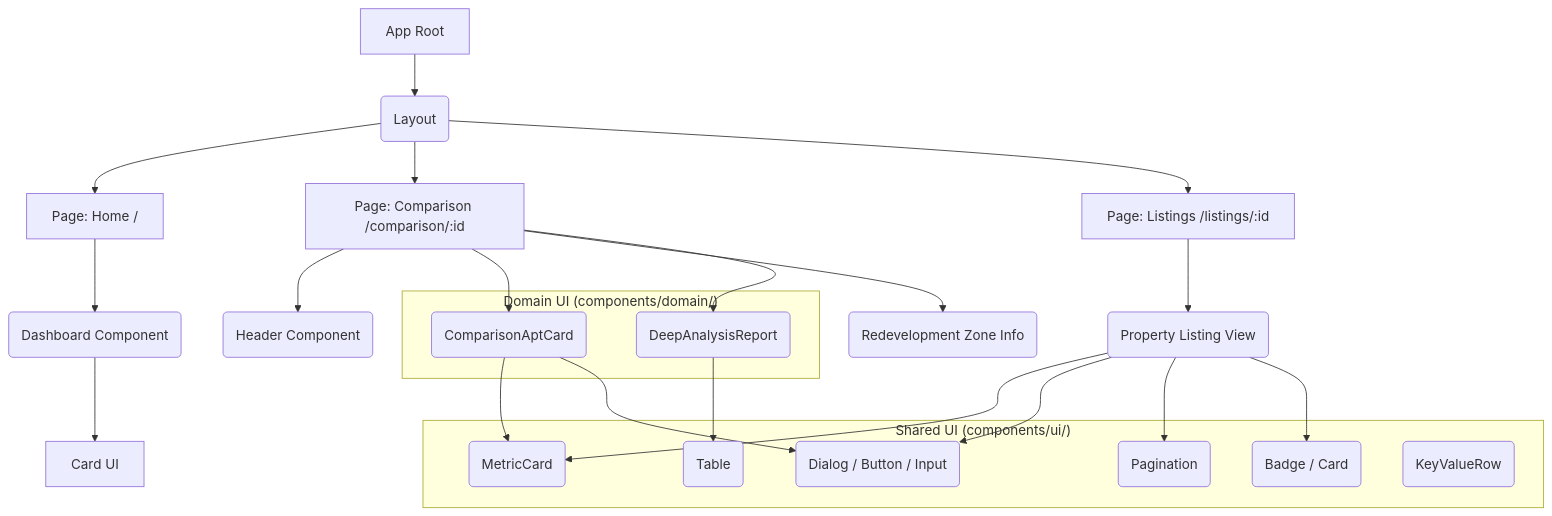
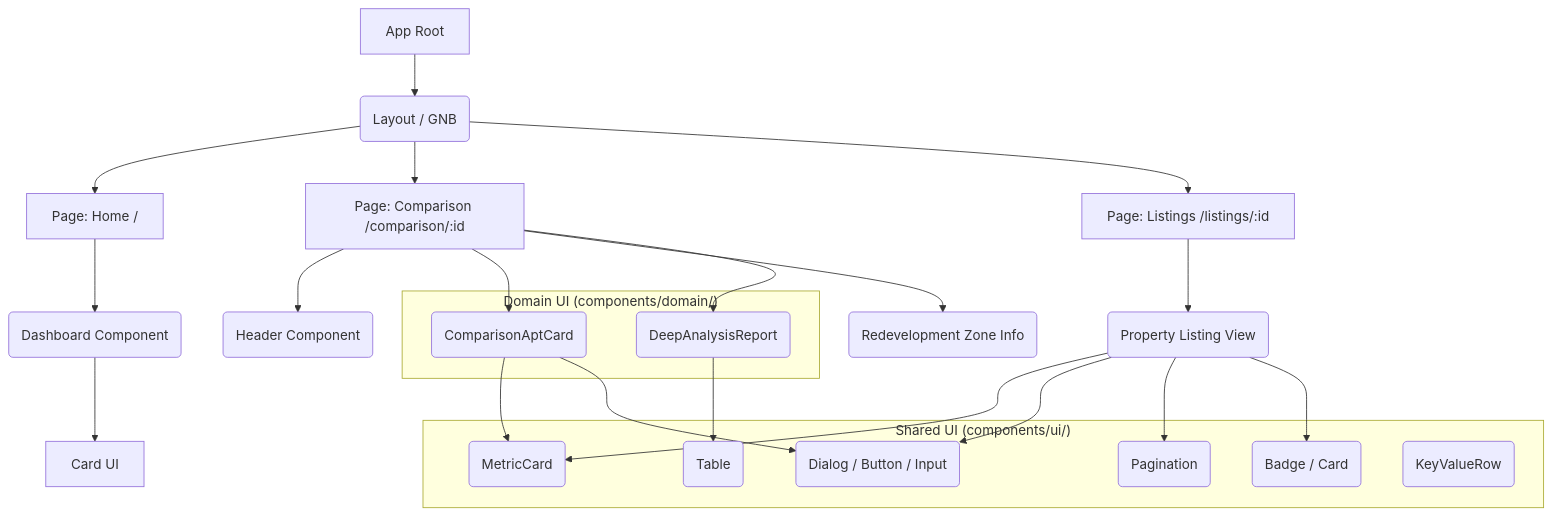
Before and after one commit to luca-prop/SeedFit_App: the diagram in docs/COMPONENT_ARCHITECTURE.md, drawn with Mermaid. The commit also changed other lines of this file and 3 other files, not shown here.

Commit message:
docs: update comprehensive documentation suite & architecture insights

````diff
--- a/docs/COMPONENT_ARCHITECTURE.md
+++ b/docs/COMPONENT_ARCHITECTURE.md
@@ -14,44 +14,44 @@
 ```mermaid
 graph TD
-    A[App Root] --> B(Layout)
+    A[App Root] --> B(Layout / GNB)
     B --> C[Page: Home /]
     B --> D[Page: Comparison /comparison/:id]
     B --> E[Page: Listings /listings/:id]
 
     %% Home Page
     C --> C1(Dashboard Component)
     C1 --> C2[Card UI]
 
     %% Comparison Page
     D --> D1(Header Component)
     D --> D2(ComparisonAptCard)
     D --> D3(Redevelopment Zone Info)
     D --> D4(DeepAnalysisReport)
     
     D2 --> U1(MetricCard)
     D2 --> U2(Dialog UI)
     
     D4 --> U3(Table UI)
 
     %% Listings Page
     E --> E1(Property Listing View)
     E1 --> U1(MetricCard)
     E1 --> U2(Dialog UI)
     E1 --> U4(Pagination UI)
     E1 --> U5(Badge UI)
 
     %% Shared UI Primitives
     subgraph Shared_UI ["Shared UI (components/ui/)"]
         U1(MetricCard)
         U2("Dialog / Button / Input")
         U3(Table)
         U4(Pagination)
         U5("Badge / Card")
         U6(KeyValueRow)
     end
 
     subgraph Domain_UI ["Domain UI (components/domain/)"]
         D2
         D4
     end
 ```
````
